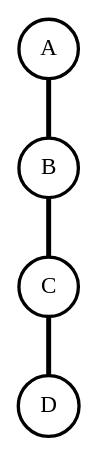
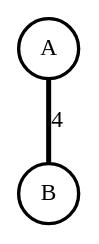
The diagram in grafo.dot (Scrow-rgb/trabalho-grafos), drawn with Graphviz before and after one commit. The commit also changed 1 other file, not shown here.

Commit message:
refactor: mostra o label peso

```diff
--- a/grafo.dot
+++ b/grafo.dot
@@ -1,9 +1,5 @@
 graph G {
     0 [label="A", penwidth=2, shape="circle"];
     1 [label="B", penwidth=2, shape="circle"];
-    2 [label="C", penwidth=2, shape="circle"];
-    3 [label="D", penwidth=2, shape="circle"];
-    0 -- 1 [penwidth=3, color=black];
-    1 -- 2 [penwidth=3, color=black];
-    2 -- 3 [penwidth=3, color=black];
+    0 -- 1 [penwidth=3, color=black, label="4"];
 }
```
